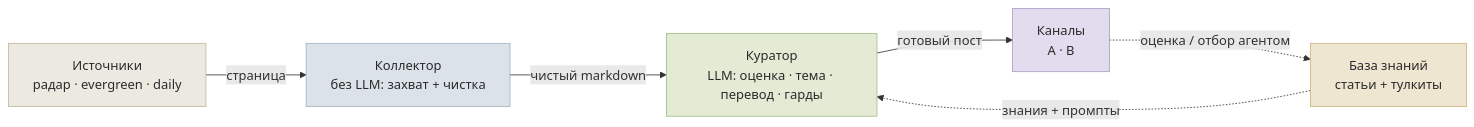
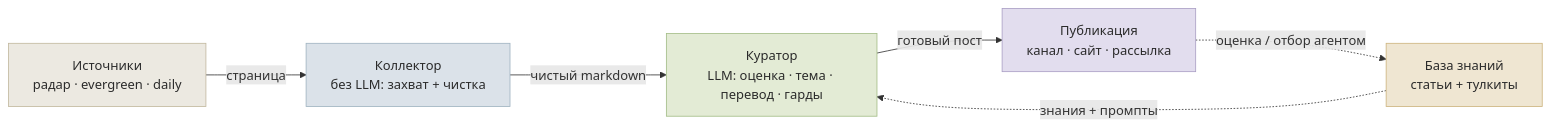
One commit to SoulAtelier/ai-native-newsroom changed the first of 2 diagrams in GUIDE.ru.md. Above: the diagram before and after it, drawn with Mermaid. The commit also changed other lines of this file, not shown here.

````diff
--- a/GUIDE.ru.md
+++ b/GUIDE.ru.md
@@ -11,25 +11,25 @@
 ```mermaid
 flowchart LR
     SRC["Источники<br/>радар · evergreen · daily"]
     COL["Коллектор<br/>без LLM: захват + чистка"]
     CUR["Куратор<br/>LLM: оценка · тема · перевод · гарды"]
-    CH["Каналы<br/>A · B"]
+    CH["Публикация<br/>канал · сайт · рассылка"]
     KB["База знаний<br/>статьи + тулкиты"]
 
     SRC -->|"страница"| COL
     COL -->|"чистый markdown"| CUR
     CUR -->|"готовый пост"| CH
     CH -.->|"оценка / отбор агентом"| KB
     KB -.->|"знания + промпты"| CUR
 
     classDef raw fill:#ece9e1,stroke:#c2b89e,color:#2b2b2b
     classDef col fill:#dbe2e9,stroke:#9fb3c0,color:#2b2b2b
     classDef cur fill:#e3ebd5,stroke:#a3bd86,color:#2b2b2b
     classDef ch fill:#e2ddee,stroke:#a99ec4,color:#2b2b2b
     classDef kb fill:#efe6d2,stroke:#cdb47e,color:#2b2b2b
     class SRC raw
     class COL col
     class CUR cur
     class CH ch
     class KB kb
 ```
````
